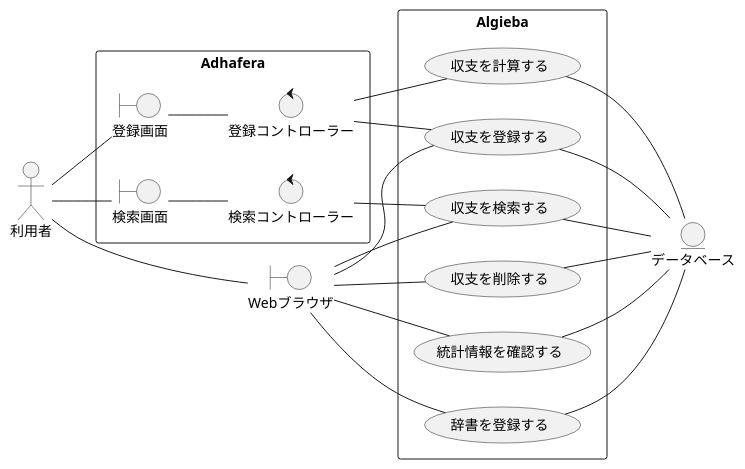
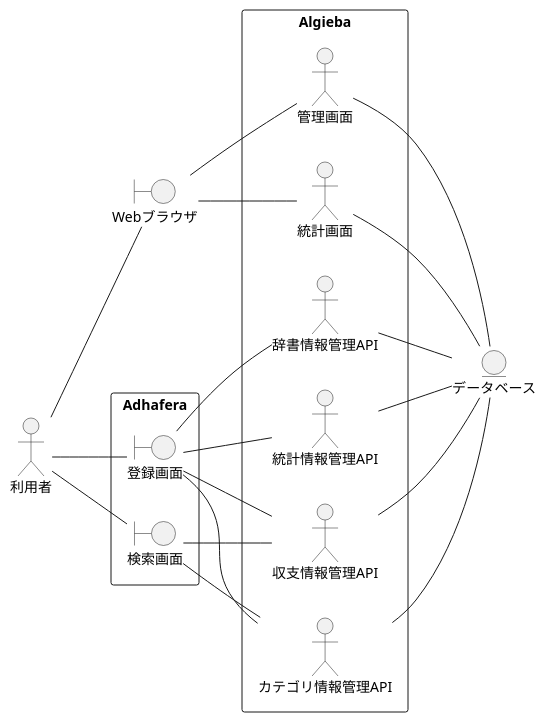
One commit to Leonis0813/chort changed the diagram in payment_manager/index.rst. Above: the diagram before and after it, drawn with PlantUML.

Commit message:
update index

```diff
--- a/payment_manager/index.rst
+++ b/payment_manager/index.rst
@@ -9,37 +9,33 @@
 .. uml::
 
    left to right direction
    skinparam packageStyle rect
    actor 利用者
    entity データベース
 
    rectangle Adhafera {
      boundary 登録画面
      boundary 検索画面
-     control 登録コントローラー
-     control 検索コントローラー
      利用者 -- 登録画面
      利用者 -- 検索画面
-     登録画面 -- 登録コントローラー
-     検索画面 -- 検索コントローラー
    }
 
    boundary Webブラウザ
    利用者 -- Webブラウザ
 
    rectangle Algieba {
-     登録コントローラー -- (収支を登録する)
-     登録コントローラー -- (収支を計算する)
-     検索コントローラー -- (収支を検索する)
-     Webブラウザ -- (収支を登録する)
-     Webブラウザ -- (収支を検索する)
-     Webブラウザ -- (収支を削除する)
-     Webブラウザ -- (統計情報を確認する)
-     Webブラウザ -- (辞書を登録する)
-     (収支を登録する) -- データベース
-     (収支を検索する) -- データベース
-     (収支を削除する) -- データベース
-     (収支を計算する) -- データベース
-     (統計情報を確認する) -- データベース
-     (辞書を登録する) -- データベース
+     登録画面 -- 収支情報管理API
+     登録画面 -- カテゴリ情報管理API
+     登録画面 -- 辞書情報管理API
+     登録画面 -- 統計情報管理API
+     検索画面 -- 収支情報管理API
+     検索画面 -- カテゴリ情報管理API
+     Webブラウザ -- 管理画面
+     Webブラウザ -- 統計画面
+     収支情報管理API -- データベース
+     カテゴリ情報管理API -- データベース
+     辞書情報管理API -- データベース
+     統計情報管理API -- データベース
+     管理画面 -- データベース
+     統計画面 -- データベース
    }
```
